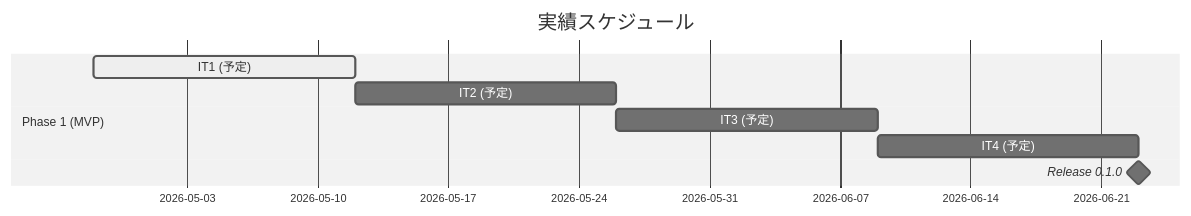
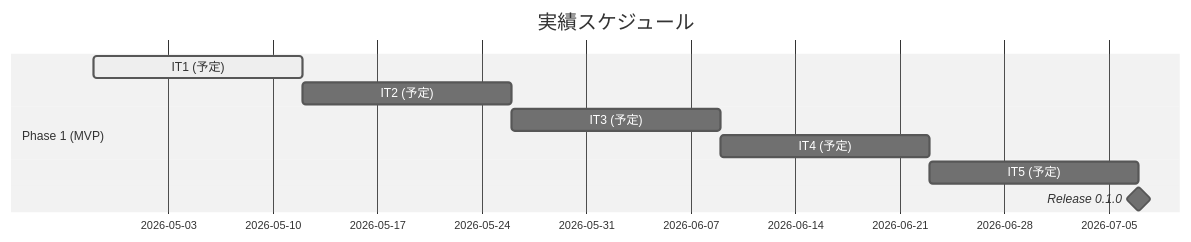
Before and after one commit to k2works/case-study-cargo-tracker: the second of 3 diagrams in docs/development/release_plan.md, drawn with Mermaid (neutral theme). The commit also changed other lines of this file and 2 other files, not shown here.

````diff
--- a/docs/development/release_plan.md
+++ b/docs/development/release_plan.md
@@ -158,11 +175,12 @@
 ```mermaid
 gantt
     title 実績スケジュール
     dateFormat  YYYY-MM-DD
     section Phase 1 (MVP)
-    IT1 (予定)                  :active, a1, 2026-04-28, 14d
-    IT2 (予定)                  :a2, after a1, 14d
-    IT3 (予定)                  :a3, after a2, 14d
-    IT4 (予定)                  :a4, after a3, 14d
-    Release 0.1.0               :milestone, ma1, after a4, 0d
+    IT1 (予定)                    :active, a1, 2026-04-28, 14d
+    IT2 (予定)                    :a2, after a1, 14d
+    IT3 (予定)                    :a3, after a2, 14d
+    IT4 (予定)                    :a4, after a3, 14d
+    IT5 (予定)                    :a5, after a4, 14d
+    Release 0.1.0                 :milestone, ma1, after a5, 0d
 ```
````
